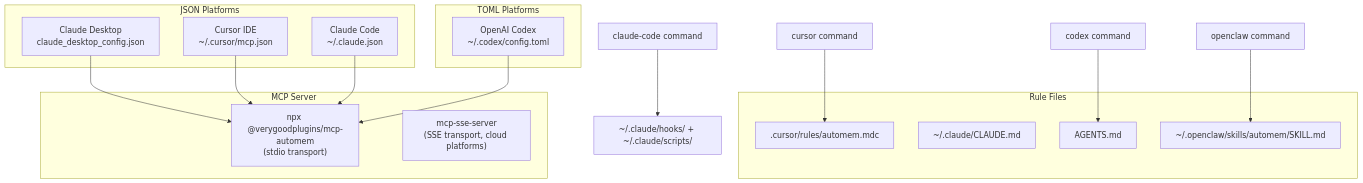
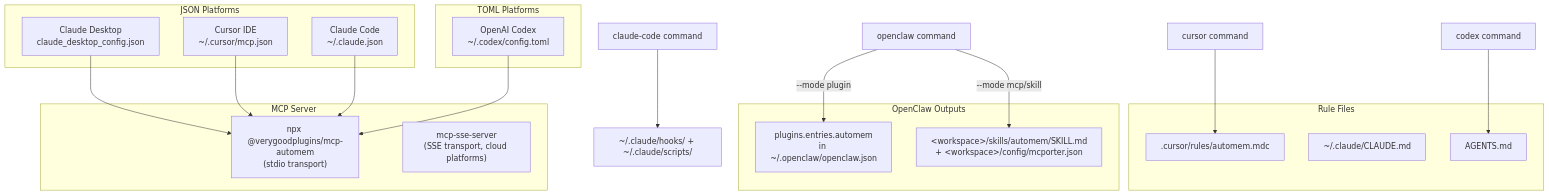
The diagram in src/content/docs/docs/cli/platform-installers.md (verygoodplugins/automem-website), drawn with Mermaid before and after one commit. The commit also changed other lines of this file and 1 other file, not shown here.

Commit message:
docs: enhance OpenClaw section in platform-installers.md to clarify configuration for MCP and plugin modes
Updated the OpenClaw documentation to specify the configuration files for both MCP and plugin modes, improving clarity on the installation process. Adjusted the diagram to reflect the new outputs for each mode.

````diff
--- a/src/content/docs/docs/cli/platform-installers.md
+++ b/src/content/docs/docs/cli/platform-installers.md
@@ -228,34 +228,39 @@
 ```mermaid
 graph TB
     subgraph "JSON Platforms"
         ClaudeDesktop["Claude Desktop<br/>claude_desktop_config.json"]
         CursorIDE["Cursor IDE<br/>~/.cursor/mcp.json"]
         ClaudeCode["Claude Code<br/>~/.claude.json"]
     end
 
     subgraph "TOML Platforms"
         Codex["OpenAI Codex<br/>~/.codex/config.toml"]
     end
 
     subgraph "Rule Files"
         CursorRules[".cursor/rules/automem.mdc"]
         ClaudeMD["~/.claude/CLAUDE.md"]
         AgentsMD["AGENTS.md"]
-        OpenClawSkill["~/.openclaw/skills/automem/SKILL.md"]
+    end
+
+    subgraph "OpenClaw Outputs"
+        OpenClawPlugin["plugins.entries.automem<br/>in ~/.openclaw/openclaw.json"]
+        OpenClawMCPFiles["&lt;workspace&gt;/skills/automem/SKILL.md<br/>+ &lt;workspace&gt;/config/mcporter.json"]
     end
 
     subgraph "MCP Server"
         NPX["npx @verygoodplugins/mcp-automem<br/>(stdio transport)"]
         SSE["mcp-sse-server<br/>(SSE transport, cloud platforms)"]
     end
 
     ClaudeDesktop --> NPX
     CursorIDE --> NPX
     ClaudeCode --> NPX
     Codex --> NPX
 
     CursorInstaller["cursor command"] --> CursorRules
     ClaudeCodeInstaller["claude-code command"] --> HookScripts["~/.claude/hooks/ + ~/.claude/scripts/"]
     CodexInstaller["codex command"] --> AgentsMD
-    OpenClawInstaller["openclaw command"] --> OpenClawSkill
+    OpenClawInstaller["openclaw command"] -->|"--mode plugin"| OpenClawPlugin
+    OpenClawInstaller -->|"--mode mcp/skill"| OpenClawMCPFiles
 ```
````
